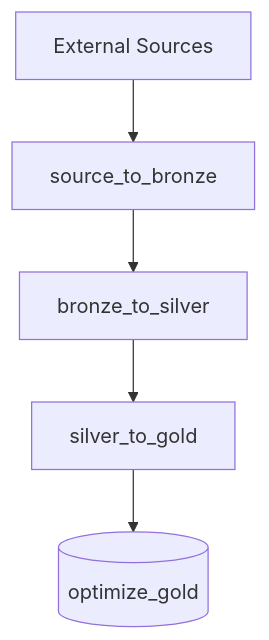
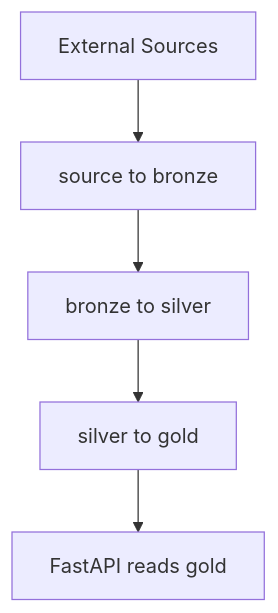
The diagram in README.md (samuelnoll/ibrvn-archive), drawn with Mermaid before and after one commit. The commit also changed other lines of this file and 29 other files, not shown here.

````diff
--- a/README.md
+++ b/README.md
@@ -147,13 +53,7 @@
-``` mermaid
+```mermaid
 flowchart TD
-
-A[External Sources]
-
-A --> B[source_to_bronze]
-
-B --> C[bronze_to_silver]
-
-C --> D[silver_to_gold]
-
-D --> E[(optimize_gold)]
+  A["External Sources"] --> B["source to bronze"]
+  B --> C["bronze to silver"]
+  C --> D["silver to gold"]
+  D --> E["FastAPI reads gold"]
 ```
````
